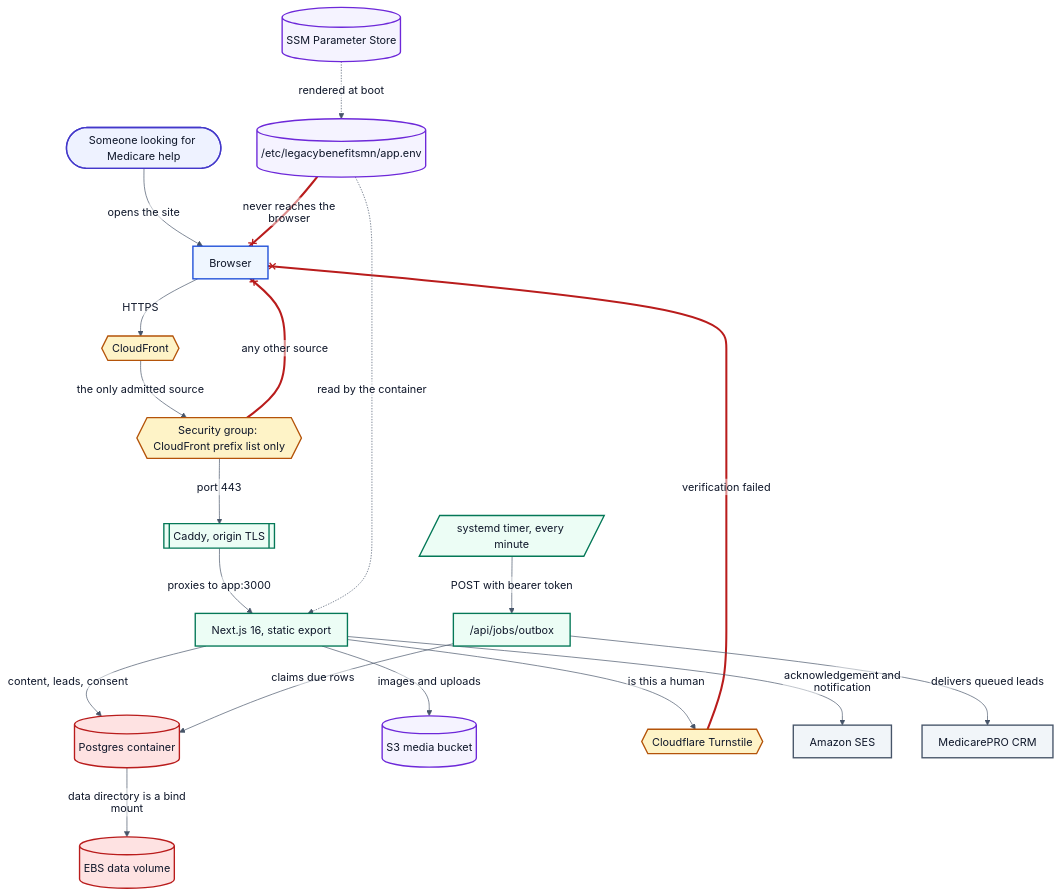
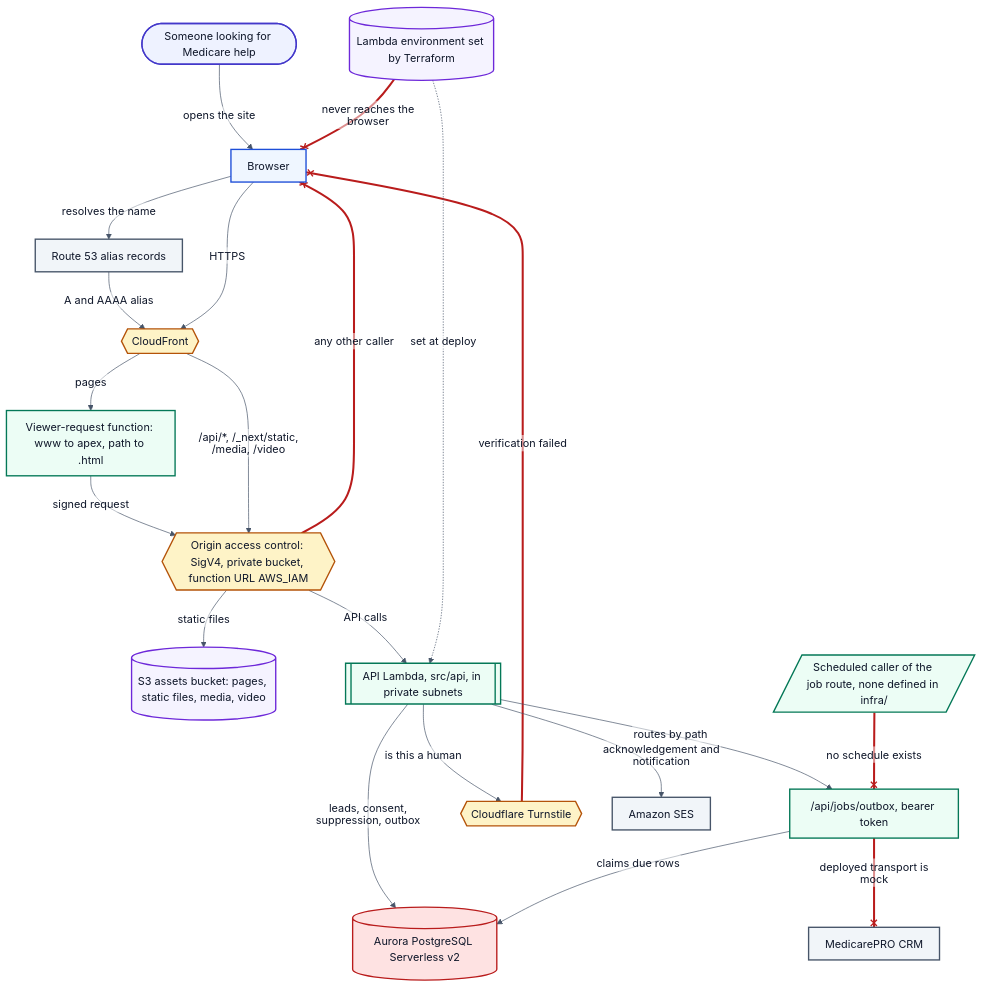
One commit to marc-mccarthy/legacy-benefits-mn changed the diagram in docs/diagrams/D1-system-context.mmd. Above: the diagram before and after it, drawn with Mermaid. The commit also changed 10 other files, not shown here.

Commit message:
docs: redraw diagrams against the current infra and code

```diff
--- a/docs/diagrams/D1-system-context.mmd
+++ b/docs/diagrams/D1-system-context.mmd
@@ -1,74 +1,78 @@
 %%{init: {"theme":"base","themeVariables":{"fontFamily":"Helvetica Neue, Helvetica, Arial, sans-serif","fontSize":"16px","textColor":"#0F172A","background":"#FFFFFF","lineColor":"#475569","mainBkg":"#EFF6FF","nodeBorder":"#1D4ED8","primaryColor":"#EFF6FF","primaryBorderColor":"#1D4ED8","primaryTextColor":"#0F172A","secondaryColor":"#F1F5F9","secondaryBorderColor":"#475569","secondaryTextColor":"#0F172A","tertiaryColor":"#F8FAFC","tertiaryBorderColor":"#CBD5E1","tertiaryTextColor":"#0F172A","clusterBkg":"#F8FAFC","clusterBorder":"#CBD5E1","edgeLabelBackground":"#FFFFFF","actorBkg":"#EEF2FF","actorBorder":"#4338CA","actorTextColor":"#0F172A","signalColor":"#475569","signalTextColor":"#0F172A","noteBkgColor":"#FEF3C7","noteBorderColor":"#B45309","noteTextColor":"#0F172A","activationBkgColor":"#ECFDF5","activationBorderColor":"#047857","labelBoxBkgColor":"#FEF3C7","labelBoxBorderColor":"#B45309","sequenceNumberColor":"#FFFFFF"},"flowchart":{"htmlLabels":false,"curve":"basis","nodeSpacing":45,"rankSpacing":60,"padding":12},"sequence":{"useMaxWidth":false,"htmlLabels":false,"mirrorActors":false,"wrap":true,"width":190}}}%%
 flowchart TB
 accTitle: How a visitor reaches the site and where their answer comes from
 accDescr {
   A top-to-bottom map of one visit. Someone looking for Medicare help opens the
-  site in a browser. The request arrives at CloudFront, which is the only way in:
-  the instance security group admits CloudFront's managed prefix list and nothing
-  else, so the public address cannot be dialled directly. CloudFront forwards to
-  Caddy on the single instance, which terminates origin TLS using a certificate it
-  renews over DNS-01, and proxies inward to the Next.js application container.
-  The application renders content authored in src/content and writes lead, Scope
-  of Appointment and do-not-contact records to the Postgres container, whose
-  data directory is a bind mount on a separate EBS volume that outlives the
-  instance. Images are served from an S3 bucket. Three outbound dependencies sit
-  to the side: Cloudflare Turnstile verifies that a form submitter is human, SES
-  sends the acknowledgement and the agency notification, and the MedicarePRO CRM
-  receives leads. The CRM is never called during the visitor's request; a host
-  timer posts to a local job route once a minute and that is what delivers. Every
-  secret the application needs is rendered from SSM Parameter Store into a file on
-  the box at boot, and none of it is reachable from the browser.
+  site in a browser. The name resolves through Route 53 to CloudFront, which is the
+  only way in. A viewer-request function redirects www to the apex host and maps a
+  path such as /services to /services.html. Pages, /_next/static, /media and /video
+  are read from a private S3 bucket; /api/* goes to the API Lambda function URL
+  with caching disabled. Both origins sit behind origin access control: requests are
+  signed with SigV4, the bucket policy admits only this distribution, and the
+  function URL uses AWS_IAM authorization, so neither can be called directly. The
+  API Lambda runs in private subnets and talks to Aurora PostgreSQL Serverless v2,
+  whose security group admits only the Lambda's security group on 5432. It writes
+  lead, Scope of Appointment and do-not-contact records there. Two outbound
+  dependencies sit to the side: Cloudflare Turnstile verifies that a form submitter
+  is human, and SES sends the acknowledgement and the agency notification when a
+  sender address is configured. The MedicarePRO CRM is never called during the
+  visitor's request. The job route that would deliver to it needs a bearer token,
+  nothing in infra/ schedules a caller, and the deployed function sets
+  CRM_TRANSPORT to mock, so nothing is sent. The Lambda's environment, including
+  the database password, the PAYLOAD_SECRET salt and the job token, is generated and
+  set by Terraform and never reaches the browser.
 }
 
 visitor([Someone looking for Medicare help])
 browser[Browser]
+dns[Route 53 alias records]
 edge{{CloudFront}}
-originSg{{"Security group: CloudFront prefix list only"}}
-caddy[["Caddy, origin TLS"]]
-app["Next.js 16, static export"]
-postgres[("Postgres container")]
-ebs[("EBS data volume")]
-mediaBucket[("S3 media bucket")]
+rewrite["Viewer-request function: www to apex, path to .html"]
+oac{{"Origin access control: SigV4, private bucket, function URL AWS_IAM"}}
+bucket[("S3 assets bucket: pages, static files, media, video")]
+api[["API Lambda, src/api, in private subnets"]]
+jobRoute["/api/jobs/outbox, bearer token"]
+db[("Aurora PostgreSQL Serverless v2")]
 turnstile{{Cloudflare Turnstile}}
 ses[Amazon SES]
 crm[MedicarePRO CRM]
-timer[/"systemd timer, every minute"/]
-jobRoute["/api/jobs/outbox"]
-ssm[("SSM Parameter Store")]
-appEnv[("/etc/legacybenefitsmn/app.env")]
+trigger[/"Scheduled caller of the job route, none defined in infra/"/]
+lambdaEnv[("Lambda environment set by Terraform")]
 
 visitor -->|opens the site| browser
+browser -->|resolves the name| dns
+dns -->|A and AAAA alias| edge
 browser -->|HTTPS| edge
-edge -->|the only admitted source| originSg
-originSg -->|port 443| caddy
-originSg --x|any other source| browser
-caddy -->|proxies to app:3000| app
-app -->|content, leads, consent| postgres
-postgres -->|data directory is a bind mount| ebs
-app -->|images and uploads| mediaBucket
-app -->|is this a human| turnstile
+edge -->|pages| rewrite
+rewrite -->|signed request| oac
+edge -->|/api/*, /_next/static, /media, /video| oac
+oac -->|static files| bucket
+oac -->|API calls| api
+oac --x|any other caller| browser
+api -->|leads, consent, suppression, outbox| db
+api -->|is this a human| turnstile
 turnstile --x|verification failed| browser
-app -->|acknowledgement and notification| ses
-timer -->|POST with bearer token| jobRoute
-jobRoute -->|claims due rows| postgres
-jobRoute -->|delivers queued leads| crm
-ssm -.->|rendered at boot| appEnv
-appEnv -.->|read by the container| app
-appEnv --x|never reaches the browser| browser
+api -->|acknowledgement and notification| ses
+api -->|routes by path| jobRoute
+trigger --x|no schedule exists| jobRoute
+jobRoute -->|claims due rows| db
+jobRoute --x|deployed transport is mock| crm
+lambdaEnv -.->|set at deploy| api
+lambdaEnv --x|never reaches the browser| browser
 
 classDef human    fill:#EEF2FF,stroke:#4338CA,stroke-width:2px,color:#0F172A
 classDef client   fill:#EFF6FF,stroke:#1D4ED8,stroke-width:2px,color:#0F172A
 classDef ours     fill:#ECFDF5,stroke:#047857,stroke-width:2px,color:#0F172A
 classDef guard    fill:#FEF3C7,stroke:#B45309,stroke-width:2px,color:#0F172A
 classDef vendor   fill:#F1F5F9,stroke:#475569,stroke-width:2px,color:#0F172A
 classDef phi      fill:#FEE2E2,stroke:#B91C1C,stroke-width:2px,color:#0F172A
 classDef artifact fill:#F5F3FF,stroke:#6D28D9,stroke-width:2px,color:#0F172A
 
 class visitor human
 class browser client
-class edge,originSg,turnstile guard
-class caddy,app,jobRoute,timer ours
-class postgres,ebs phi
-class mediaBucket,ssm,appEnv artifact
-class ses,crm vendor
-linkStyle 4,10,17 stroke:#B91C1C,stroke-width:3px
+class edge,oac,turnstile guard
+class rewrite,api,jobRoute,trigger ours
+class db phi
+class bucket,lambdaEnv artifact
+class dns,ses,crm vendor
+linkStyle 9,12,15,17,19 stroke:#B91C1C,stroke-width:3px
```
